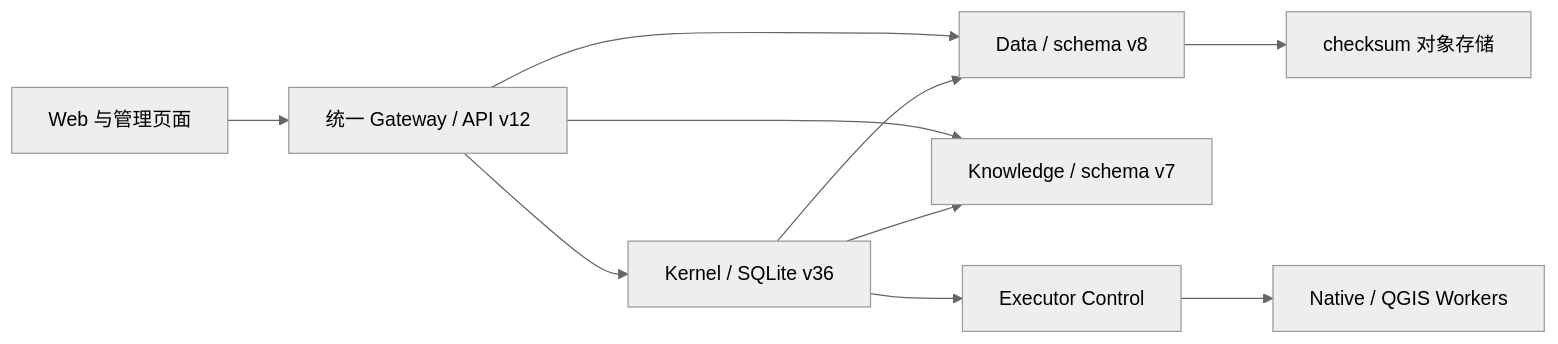
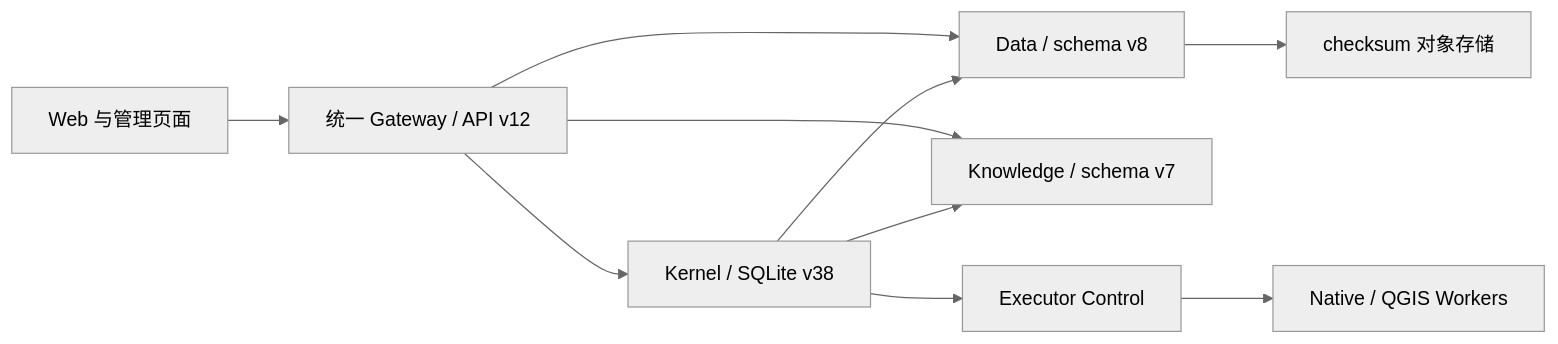
Before and after one commit to gaoyegis99-source/groundwater-agent: the diagram in source/docs/architecture/architecture-overview.md, drawn with Mermaid (neutral theme). The commit also changed other lines of this file and 155 other files, not shown here.

````diff
--- a/source/docs/architecture/architecture-overview.md
+++ b/source/docs/architecture/architecture-overview.md
@@ -5,12 +5,12 @@
 ```mermaid
 flowchart LR
   UI[Web 与管理页面] --> G[统一 Gateway / API v12]
-  G --> K[Kernel / SQLite v36]
+  G --> K[Kernel / SQLite v38]
   G --> D[Data / schema v8]
   G --> N[Knowledge / schema v7]
   K --> D
   K --> N
   K --> E[Executor Control]
   E --> W[Native / QGIS Workers]
   D --> O[checksum 对象存储]
 ```
````
